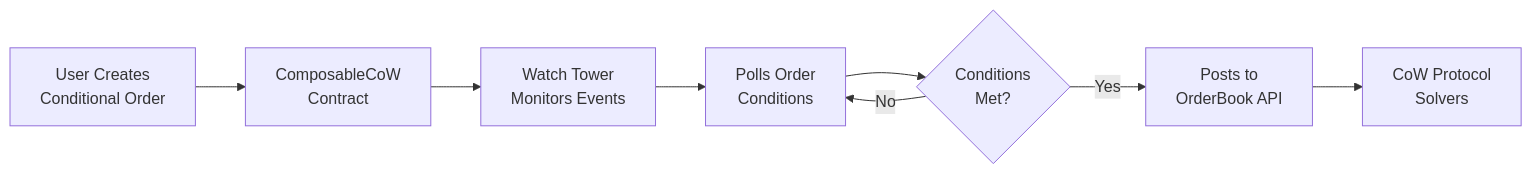
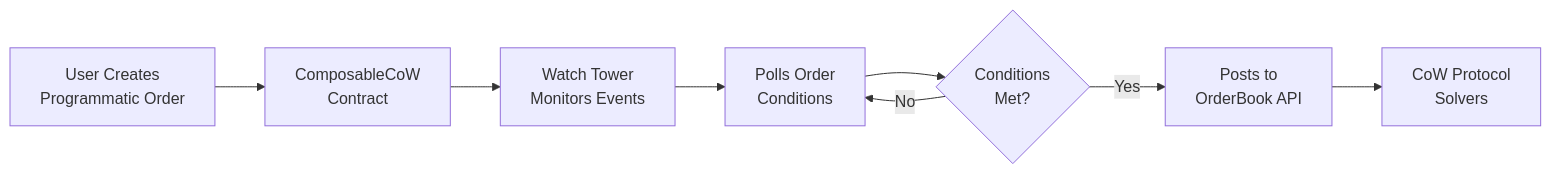
One commit to bleu/cow-docs-mintlify changed the diagram in watch-tower/introduction.mdx. Above: the diagram before and after it, drawn with Mermaid. The commit also changed other lines of this file and 91 other files, not shown here.

````diff
--- a/watch-tower/introduction.mdx
+++ b/watch-tower/introduction.mdx
@@ -30,10 +30,10 @@
 ```mermaid
 graph LR
-    A[User Creates<br/>Conditional Order] --> B[ComposableCoW<br/>Contract]
+    A[User Creates<br/>Programmatic Order] --> B[ComposableCoW<br/>Contract]
     B --> C[Watch Tower<br/>Monitors Events]
     C --> D[Polls Order<br/>Conditions]
     D --> E{Conditions<br/>Met?}
     E -->|Yes| F[Posts to<br/>OrderBook API]
     E -->|No| D
     F --> G[CoW Protocol<br/>Solvers]
 ```
````
